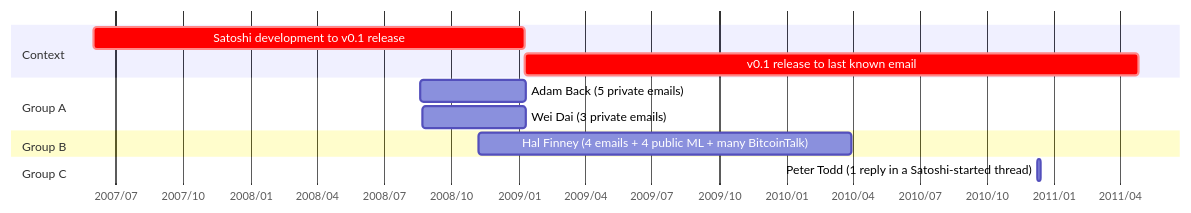
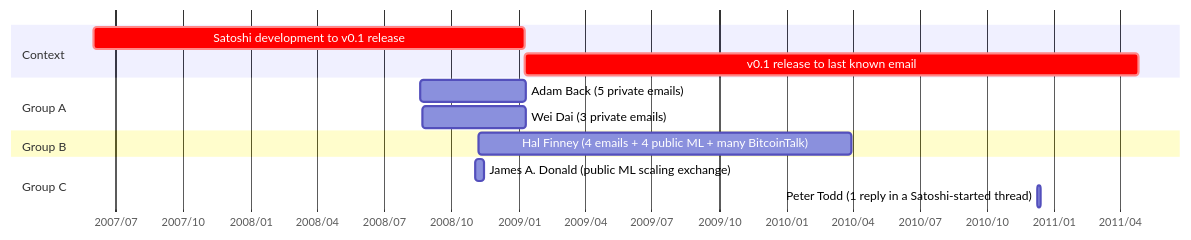
One commit to cypher256/BitcoinArchive changed the second of 2 diagrams in src/data/entries/en/analysis/2008-10-31-satoshi-identity-hypotheses-overview.md. Above: the diagram before and after it, drawn with Mermaid. The commit also changed other lines of this file and 13 other files, not shown here.

First line of the commit message:
Add Elon Musk and James A. Donald as Satoshi candidates (10 -> 12)

````diff
--- a/src/data/entries/en/analysis/2008-10-31-satoshi-identity-hypotheses-overview.md
+++ b/src/data/entries/en/analysis/2008-10-31-satoshi-identity-hypotheses-overview.md
@@ -219,19 +231,20 @@
 ```mermaid
 gantt
     dateFormat YYYY-MM-DD
     axisFormat %Y/%m
 
     section Context
     Satoshi development to v0.1 release :crit, 2007-06-01, 2009-01-09
     v0.1 release to last known email :crit, 2009-01-09, 2011-04-26
 
     section Group A
     Adam Back (5 private emails) :2008-08-20, 2009-01-11
     Wei Dai (3 private emails) :2008-08-22, 2009-01-11
 
     section Group B
     Hal Finney (4 emails + 4 public ML + many BitcoinTalk) :2008-11-07, 2010-03-31
 
     section Group C
+    James A. Donald (public ML scaling exchange) :2008-11-02, 2008-11-15
     Peter Todd (1 reply in a Satoshi-started thread) :2010-12-09, 2010-12-13
 ```
````
